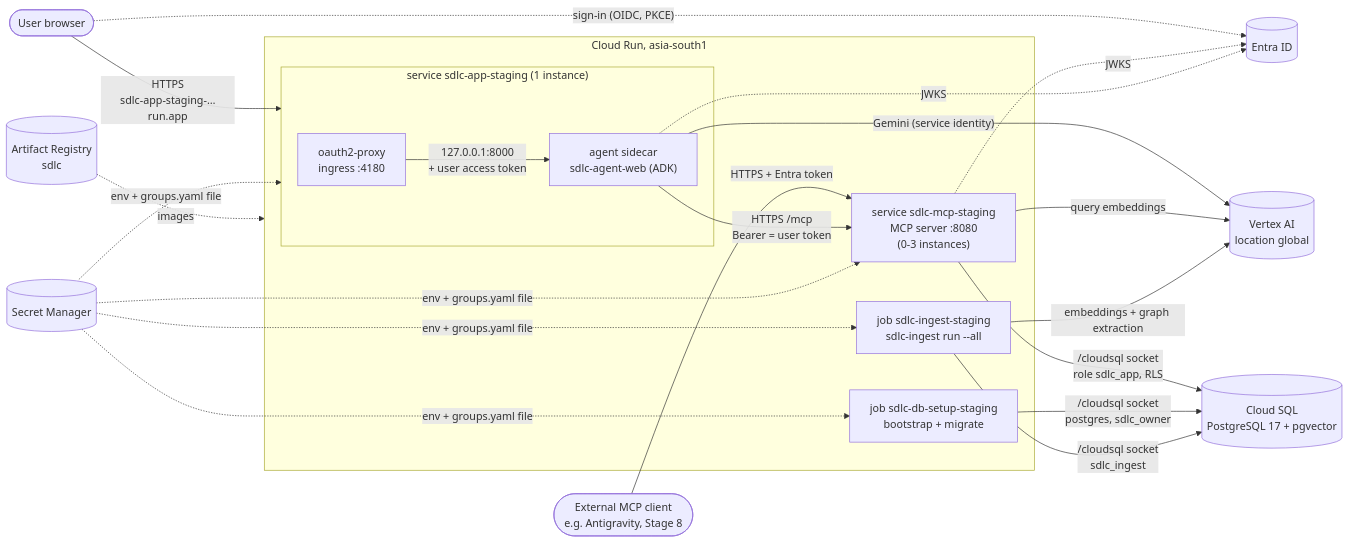
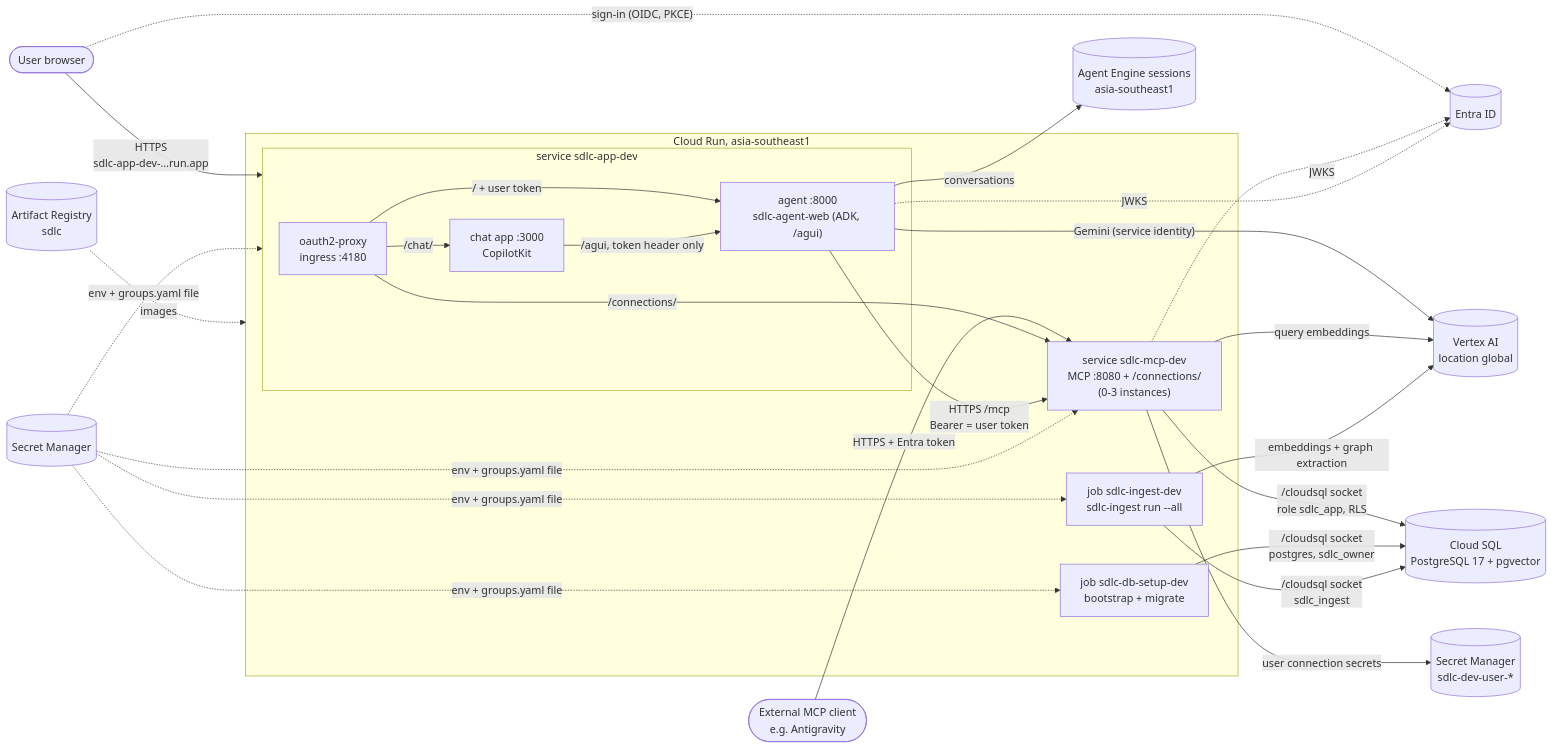
The first of 3 diagrams in docs/GCP_DEPLOYMENT.md (shaheenks/agentic-sdlc-core), drawn with Mermaid before and after one commit. The commit also changed other lines of this file and 20 other files, not shown here.

First line of the commit message:
M8: Agent Engine sessions on GCP, connection expiry warning, DC tests, docs as-built

````diff
--- a/docs/GCP_DEPLOYMENT.md
+++ b/docs/GCP_DEPLOYMENT.md
@@ -79,27 +54,32 @@
 ```mermaid
 flowchart LR
-    U([User browser]) -- "HTTPS<br/>sdlc-app-staging-…run.app" --> APP
-    X([External MCP client<br/>e.g. Antigravity, Stage 8]) -- "HTTPS + Entra token" --> MCP
+    U([User browser]) -- "HTTPS<br/>sdlc-app-dev-…run.app" --> APP
+    X([External MCP client<br/>e.g. Antigravity]) -- "HTTPS + Entra token" --> MCP
     U -. "sign-in (OIDC, PKCE)" .-> ENTRA[(Entra ID)]
 
-    subgraph RUN["Cloud Run, asia-south1"]
-        subgraph APP["service sdlc-app-staging (1 instance)"]
-            OP["oauth2-proxy<br/>ingress :4180"] -- "127.0.0.1:8000<br/>+ user access token" --> AG["agent sidecar<br/>sdlc-agent-web (ADK)"]
+    subgraph RUN["Cloud Run, asia-southeast1"]
+        subgraph APP["service sdlc-app-dev"]
+            OP["oauth2-proxy<br/>ingress :4180"] -- "/ + user token" --> AG["agent :8000<br/>sdlc-agent-web (ADK, /agui)"]
+            OP -- "/chat/" --> UI["chat app :3000<br/>CopilotKit"]
+            UI -- "/agui, token header only" --> AG
         end
-        MCP["service sdlc-mcp-staging<br/>MCP server :8080<br/>(0-3 instances)"]
-        J1["job sdlc-db-setup-staging<br/>bootstrap + migrate"]
-        J2["job sdlc-ingest-staging<br/>sdlc-ingest run --all"]
+        MCP["service sdlc-mcp-dev<br/>MCP :8080 + /connections/<br/>(0-3 instances)"]
+        J1["job sdlc-db-setup-dev<br/>bootstrap + migrate"]
+        J2["job sdlc-ingest-dev<br/>sdlc-ingest run --all"]
     end
 
+    OP -- "/connections/" --> MCP
     AG -- "HTTPS /mcp<br/>Bearer = user token" --> MCP
     AG -- "Gemini (service identity)" --> VX[(Vertex AI<br/>location global)]
+    AG -- "conversations" --> AE[(Agent Engine sessions<br/>asia-southeast1)]
     MCP -- "query embeddings" --> VX
     J2 -- "embeddings + graph extraction" --> VX
     MCP -- "/cloudsql socket<br/>role sdlc_app, RLS" --> SQL[(Cloud SQL<br/>PostgreSQL 17 + pgvector)]
     J1 -- "/cloudsql socket<br/>postgres, sdlc_owner" --> SQL
     J2 -- "/cloudsql socket<br/>sdlc_ingest" --> SQL
+    MCP -- "user connection secrets" --> USM[(Secret Manager<br/>sdlc-dev-user-*)]
     MCP -. "JWKS" .-> ENTRA
     AG -. "JWKS" .-> ENTRA
     SM[(Secret Manager)] -. "env + groups.yaml file" .-> APP & MCP & J1 & J2
     AR[(Artifact Registry<br/>sdlc)] -. images .-> RUN
 ```
````
